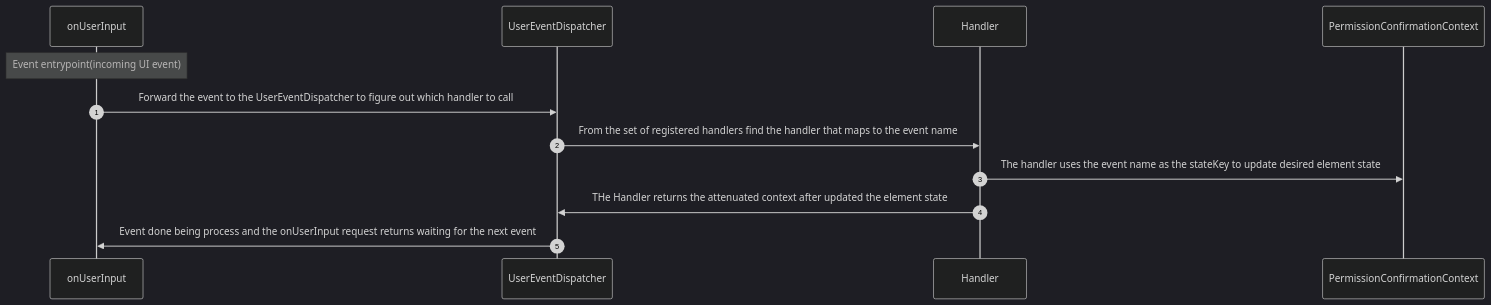
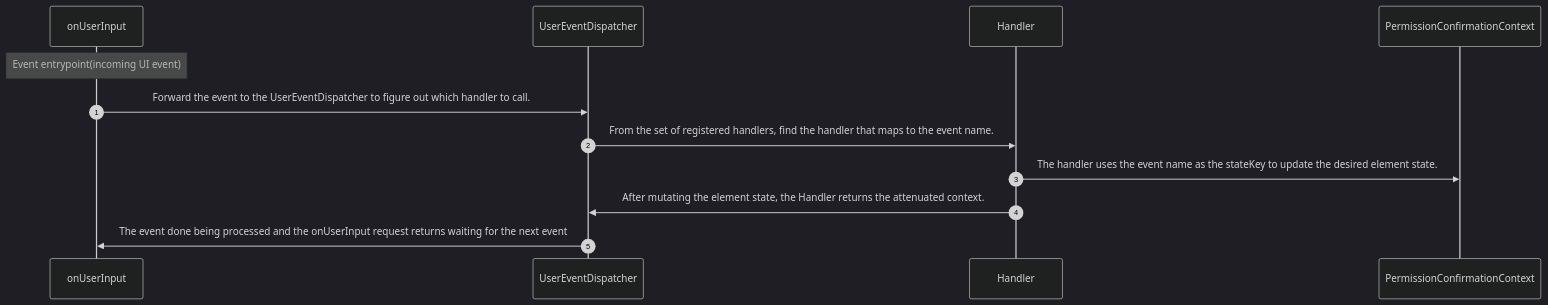
Before and after one commit to MetaMask/snap-7715-permissions: the second of 2 diagrams in packages/permissions-provider-snap/docs/eventHandling.md, drawn with Mermaid (dark theme). The commit also changed other lines of this file and 12 other files, not shown here.

Commit message:
update UserEventDispatcher to use a key of eventName-intefaceId

````diff
--- a/packages/permissions-provider-snap/docs/eventHandling.md
+++ b/packages/permissions-provider-snap/docs/eventHandling.md
@@ -41,16 +45,16 @@
 ```mermaid
 sequenceDiagram
-    autonumber
-    participant onUserInput
-    participant UserEventDispatcher
-    participant Handler
-    participant PermissionConfirmationContext
+ autonumber
+ participant onUserInput
+ participant UserEventDispatcher
+ participant Handler
+ participant PermissionConfirmationContext
 
-    Note over onUserInput: Event entrypoint(incoming UI event)
+ Note over onUserInput: Event entrypoint(incoming UI event)
 
-    onUserInput->>UserEventDispatcher: Forward the event to the UserEventDispatcher to figure out which handler to call
-    UserEventDispatcher->>Handler: From the set of registered handlers find the handler that maps to the event name
-    Handler->>PermissionConfirmationContext: The handler uses the event name as the stateKey to update desired element state
-    Handler->>UserEventDispatcher: THe Handler returns the attenuated context after updated the element state
-    UserEventDispatcher->>onUserInput: Event done being process and the onUserInput request returns waiting for the next event
+ onUserInput->>UserEventDispatcher: Forward the event to the UserEventDispatcher to figure out which handler to call.
+ UserEventDispatcher->>Handler: From the set of registered handlers, find the handler that maps to the event name.
+ Handler->>PermissionConfirmationContext: The handler uses the event name as the stateKey to update the desired element state.
+ Handler->>UserEventDispatcher: After mutating the element state, the Handler returns the attenuated context.
+ UserEventDispatcher->>onUserInput: The event done being processed and the onUserInput request returns waiting for the next event
 ```
````
